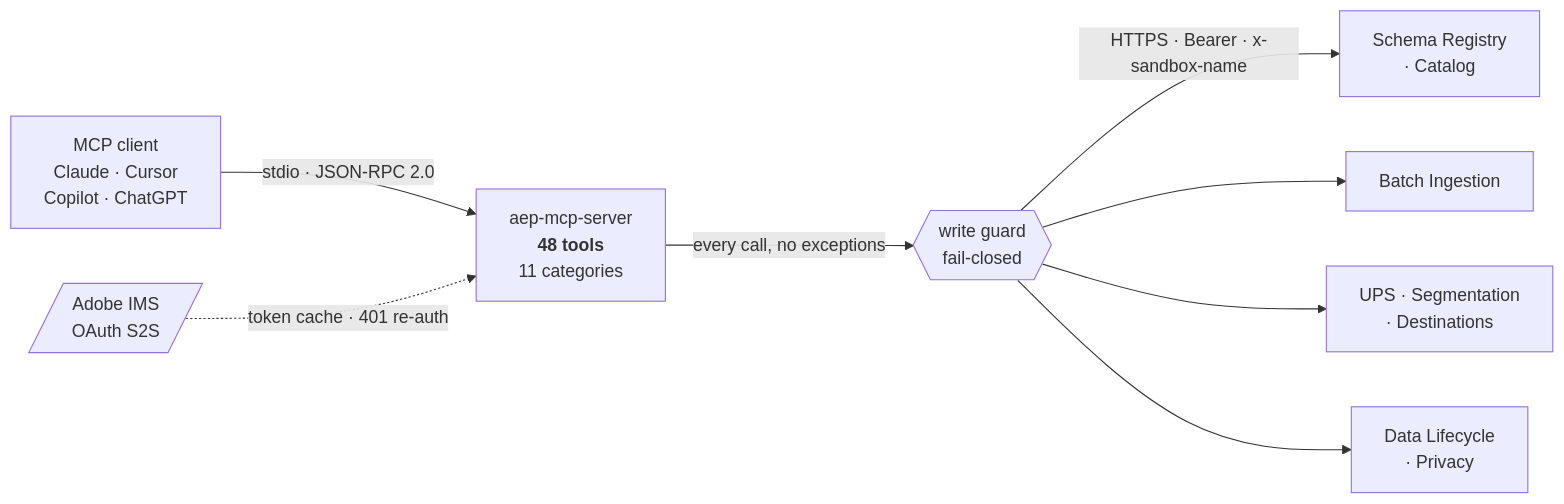
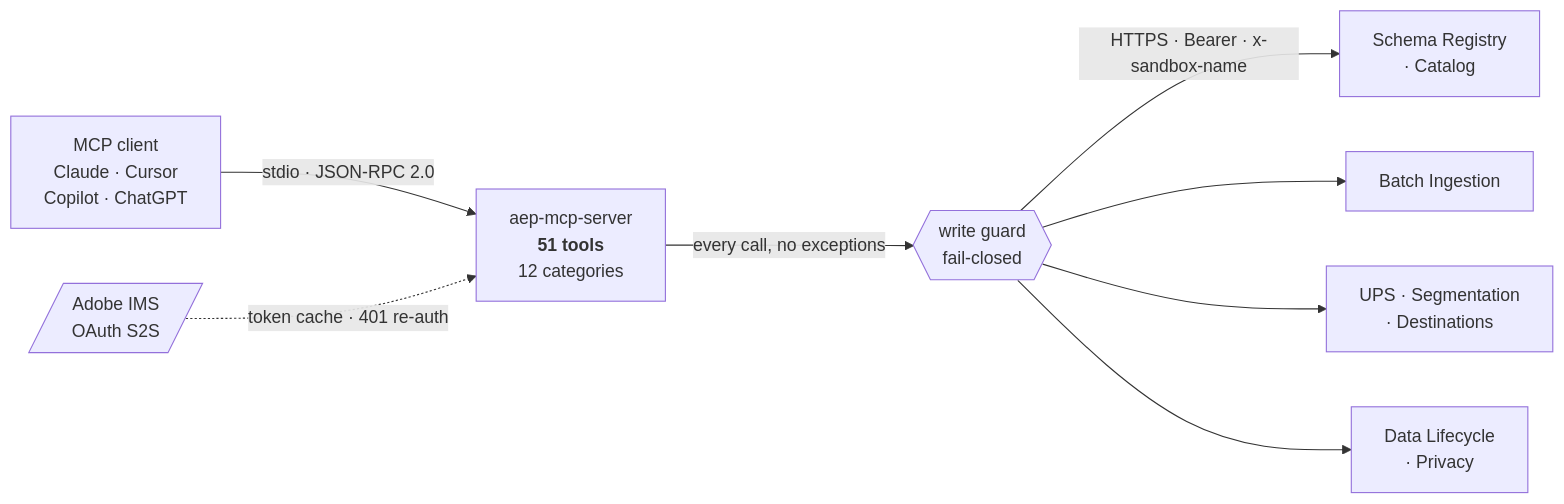
Before and after one commit to Focus-GTS/aep-mcp-server: the third of 3 diagrams in README.md, drawn with Mermaid. The commit also changed other lines of this file and 5 other files, not shown here.

````diff
--- a/README.md
+++ b/README.md
@@ -414,19 +460,19 @@
 ```mermaid
 flowchart LR
   C["MCP client<br/>Claude · Cursor<br/>Copilot · ChatGPT"]
-  T["aep-mcp-server<br/><b>48 tools</b><br/>11 categories"]
+  T["aep-mcp-server<br/><b>51 tools</b><br/>12 categories"]
   G{{"write guard<br/>fail-closed"}}
   A1["Schema Registry<br/>· Catalog"]
   A2["Batch Ingestion"]
   A3["UPS · Segmentation<br/>· Destinations"]
   A4["Data Lifecycle<br/>· Privacy"]
   IMS[/"Adobe IMS<br/>OAuth S2S"/]
 
   C -- "stdio · JSON-RPC 2.0" --> T
   T -- "every call, no exceptions" --> G
   IMS -. "token cache · 401 re-auth" .-> T
   G -- "HTTPS · Bearer · x-sandbox-name" --> A1
   G --> A2
   G --> A3
   G --> A4
 ```
````
